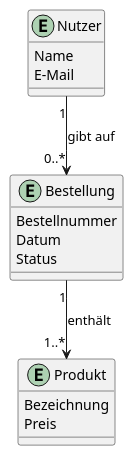
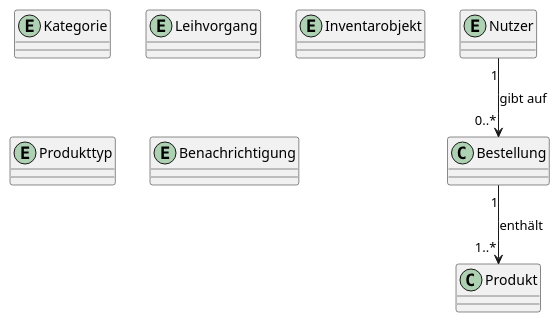
The diagram in docs/product/domain_glossary.adoc (GWMDS/LeihListe), drawn with PlantUML before and after one commit. The commit also changed other lines of this file, not shown here.

```diff
--- a/docs/product/domain_glossary.adoc
+++ b/docs/product/domain_glossary.adoc
@@ -56,26 +79,34 @@
 [plantuml, domain-model, svg]
 ....
 @startuml
 ' Beispiel — bitte durch das echte Domänenmodell ersetzen
 
 entity Nutzer {
-  Name
-  E-Mail
+  
 }
 
-entity Bestellung {
-  Bestellnummer
-  Datum
-  Status
+entity Kategorie {
+  
 }
 
-entity Produkt {
-  Bezeichnung
-  Preis
+entity Leihvorgang {
+  
+}
+
+entity Inventarobjekt {
+  
+}
+
+entity Produkttyp {
+  
+}
+
+entity Benachrichtigung {
+  
 }
 
 Nutzer "1" --> "0..*" Bestellung : gibt auf
 Bestellung "1" --> "1..*" Produkt : enthält
 
 @enduml
 ....
```
